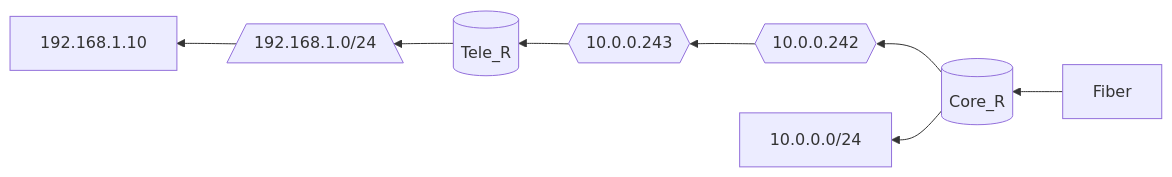
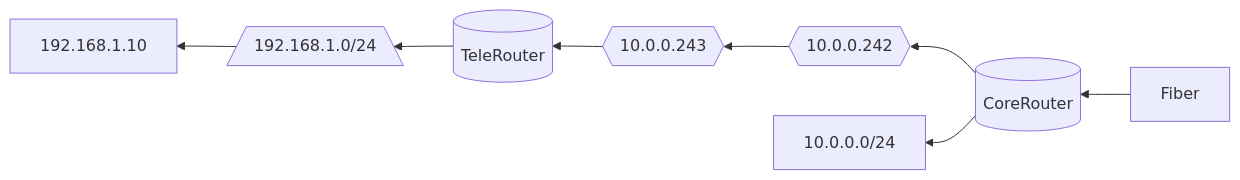
Before and after one commit to notkasim/DOCS: the second of 2 diagrams in Topology.md, drawn with Mermaid.

````diff
--- a/Topology.md
+++ b/Topology.md
@@ -19,21 +19,21 @@
 ```mermaid
 graph RL;
-    core[(Core_R)]
-    tele2[(Tele_R)]
+    core[(CoreRouter)]
+    tele2[(TeleRouter)]
     core_link{{10.0.0.242}}
     tele2_link{{10.0.0.243}}
     tele2_net[/192.168.1.0/24\]
 
     Fiber-->core;
     core-->10.0.0.0/24;
     core-->core_link;
     core_link-->tele2_link;
     tele2_link-->tele2;
     tele2-->tele2_net-->192.168.1.10;
 
 
 
 
 
 
 ```
````
